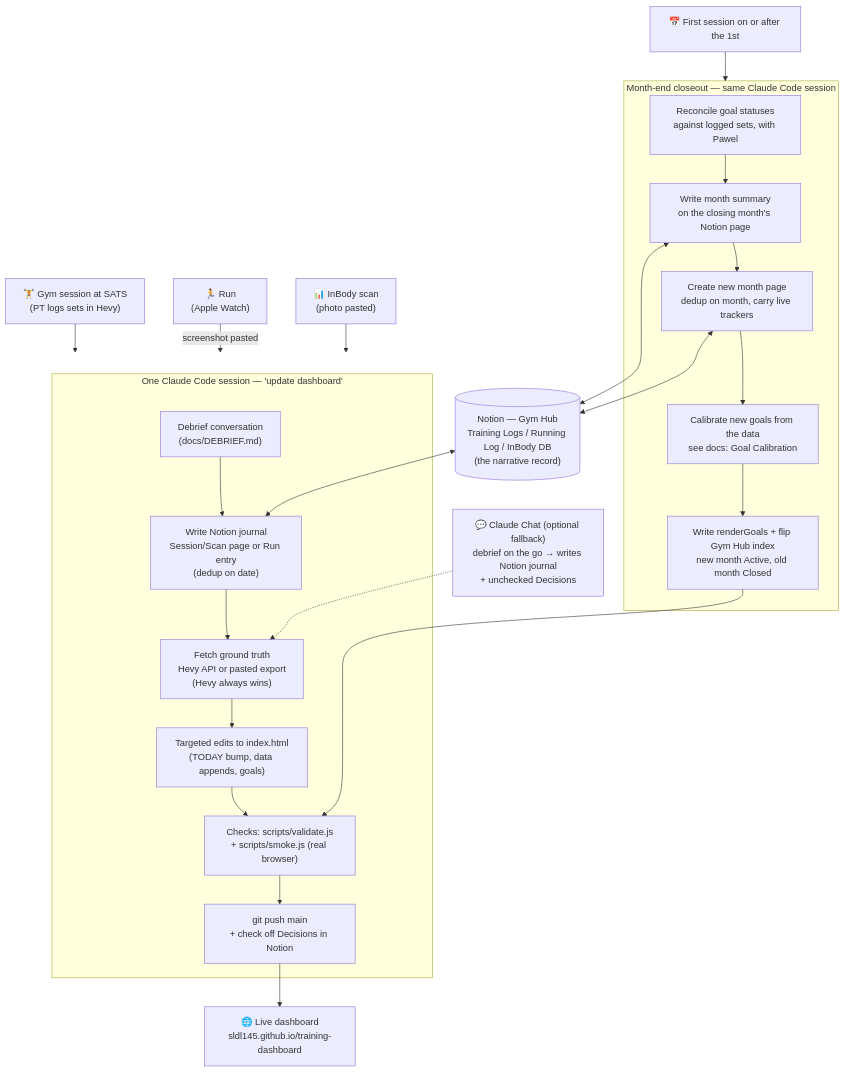
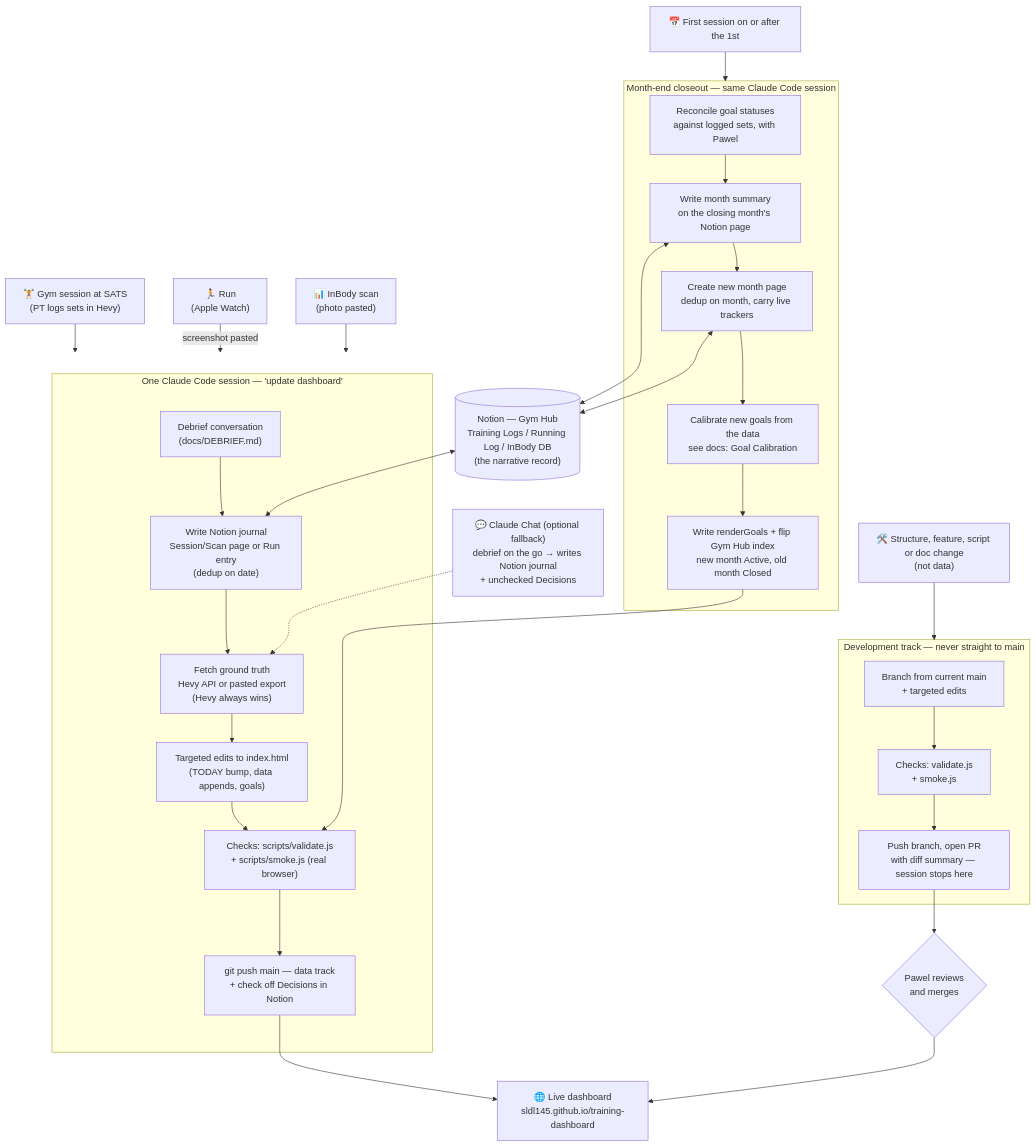
Before and after one commit to sldl145/training-dashboard: the diagram in README.md, drawn with Mermaid. The commit also changed other lines of this file and 2 other files, not shown here.

First paragraph of the commit message:
Split publishing into a data track and a development track
Pawel's call: a data update is not development. Session rows, runs, scans
and the TODAY bump only change what the dashboard says, so they publish
themselves. A change to how the page behaves gets a review gate.

````diff
--- a/README.md
+++ b/README.md
@@ -16,33 +16,43 @@
 ```mermaid
 flowchart TD
     GYM["🏋️ Gym session at SATS<br/>(PT logs sets in Hevy)"] --> SESSION
     RUN["🏃 Run<br/>(Apple Watch)"] -->|screenshot pasted| SESSION
     SCAN["📊 InBody scan<br/>(photo pasted)"] --> SESSION
 
     subgraph SESSION["One Claude Code session — 'update dashboard'"]
         D1["Debrief conversation<br/>(docs/DEBRIEF.md)"] --> D2["Write Notion journal<br/>Session/Scan page or Run entry<br/>(dedup on date)"]
         D2 --> D3["Fetch ground truth<br/>Hevy API or pasted export<br/>(Hevy always wins)"]
         D3 --> D4["Targeted edits to index.html<br/>(TODAY bump, data appends, goals)"]
         D4 --> D5["Checks: scripts/validate.js<br/>+ scripts/smoke.js (real browser)"]
-        D5 --> D6["git push main<br/>+ check off Decisions in Notion"]
+        D5 --> D6["git push main — data track<br/>+ check off Decisions in Notion"]
     end
 
     CHAT["💬 Claude Chat (optional fallback)<br/>debrief on the go → writes Notion journal<br/>+ unchecked Decisions"] -.-> D3
 
     D6 --> LIVE["🌐 Live dashboard<br/>sldl145.github.io/training-dashboard"]
+
+    DEV["🛠️ Structure, feature, script or doc change<br/>(not data)"] --> DEVTRACK
+
+    subgraph DEVTRACK["Development track — never straight to main"]
+        V1["Branch from current main<br/>+ targeted edits"] --> V2["Checks: validate.js<br/>+ smoke.js"]
+        V2 --> V3["Push branch, open PR<br/>with diff summary — session stops here"]
+    end
+
+    V3 --> MERGE{"Pawel reviews<br/>and merges"}
+    MERGE --> LIVE
 
     NOTION[("Notion — Gym Hub<br/>Training Logs / Running Log / InBody DB<br/>(the narrative record)")] <--> D2
 
     MONTH["📅 First session on or after the 1st"] --> CLOSE
 
     subgraph CLOSE["Month-end closeout — same Claude Code session"]
         C1["Reconcile goal statuses<br/>against logged sets, with Pawel"] --> C2["Write month summary<br/>on the closing month's Notion page"]
         C2 --> C3["Create new month page<br/>dedup on month, carry live trackers"]
         C3 --> C4["Calibrate new goals from the data<br/>see docs: Goal Calibration"]
         C4 --> C5["Write renderGoals + flip Gym Hub index<br/>new month Active, old month Closed"]
     end
 
     C5 --> D5
     C2 <--> NOTION
     C3 <--> NOTION
 ```
````
